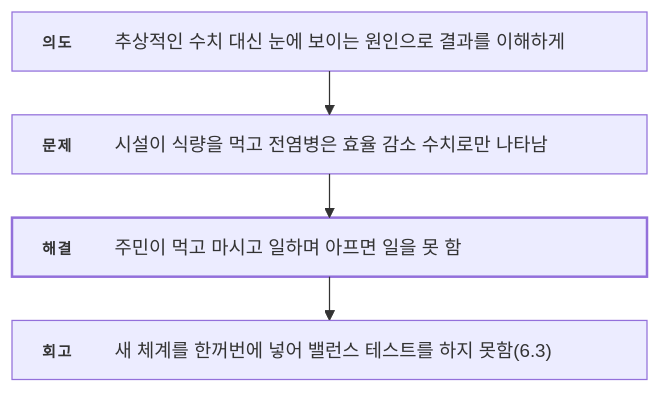
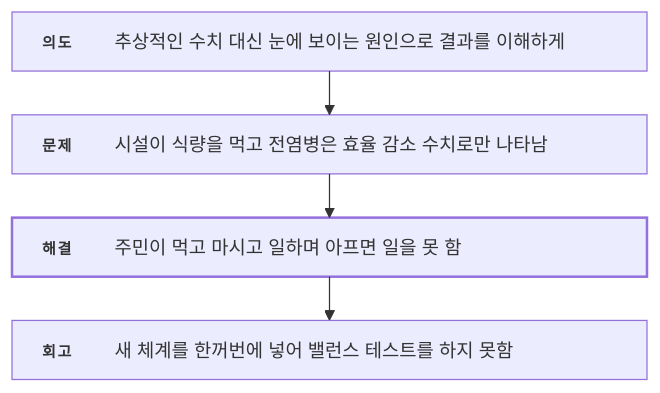
The ninth of 12 diagrams in src/3-desert-settlement/기술문서.md (ashadeveloperr/ashadeveloperr.github.io), drawn with Mermaid before and after one commit. The commit also changed other lines of this file and 2 other files, not shown here.

````diff
--- a/src/3-desert-settlement/기술문서.md
+++ b/src/3-desert-settlement/기술문서.md
@@ -505,18 +425,18 @@
 ```mermaid
 ---
 config:
   layout: elk
   flowchart:
     wrappingWidth: 520
     padding: 12
 ---
 flowchart TB
   %% feature-flow — _local/flow-diagrams.py가 만듦
   I["<div style='width:460px;display:flex;gap:14px;align-items:baseline;text-align:left;white-space:normal'><span style='flex:0 0 44px;padding-top:2px;font-size:12px;font-weight:700;letter-spacing:.12em;color:var(--accent-ink)'>의도</span><span style='flex:1;font-size:15px;line-height:1.55;color:var(--ink)'>추상적인 수치 대신 눈에 보이는 원인으로 결과를 이해하게</span></div>"]
   P["<div style='width:460px;display:flex;gap:14px;align-items:baseline;text-align:left;white-space:normal'><span style='flex:0 0 44px;padding-top:2px;font-size:12px;font-weight:700;letter-spacing:.12em;color:var(--accent-ink)'>문제</span><span style='flex:1;font-size:15px;line-height:1.55;color:var(--ink)'>시설이 식량을 먹고 전염병은 효율 감소 수치로만 나타남</span></div>"]
   S["<div style='width:460px;display:flex;gap:14px;align-items:baseline;text-align:left;white-space:normal'><span style='flex:0 0 44px;padding-top:2px;font-size:12px;font-weight:700;letter-spacing:.12em;color:var(--accent-ink)'>해결</span><span style='flex:1;font-size:15px;line-height:1.55;color:var(--ink)'>주민이 먹고 마시고 일하며 아프면 일을 못 함</span></div>"]
-  R["<div style='width:460px;display:flex;gap:14px;align-items:baseline;text-align:left;white-space:normal'><span style='flex:0 0 44px;padding-top:2px;font-size:12px;font-weight:700;letter-spacing:.12em;color:var(--accent-ink)'>회고</span><span style='flex:1;font-size:15px;line-height:1.55;color:var(--ink)'>새 체계를 한꺼번에 넣어 밸런스 테스트를 하지 못함(6.3)</span></div>"]
+  R["<div style='width:460px;display:flex;gap:14px;align-items:baseline;text-align:left;white-space:normal'><span style='flex:0 0 44px;padding-top:2px;font-size:12px;font-weight:700;letter-spacing:.12em;color:var(--accent-ink)'>회고</span><span style='flex:1;font-size:15px;line-height:1.55;color:var(--ink)'>새 체계를 한꺼번에 넣어 밸런스 테스트를 하지 못함</span></div>"]
   I --> P --> S --> R
   classDef key stroke-width:2px
   class S key
 ```
````
